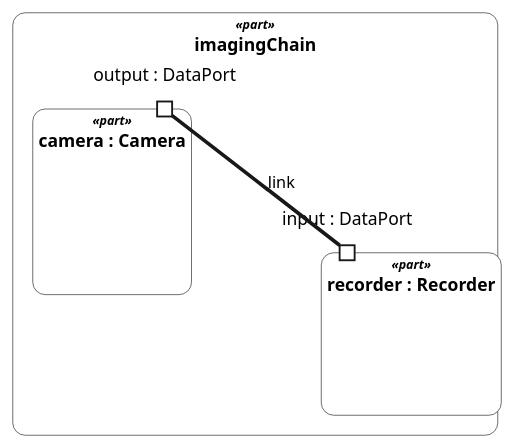
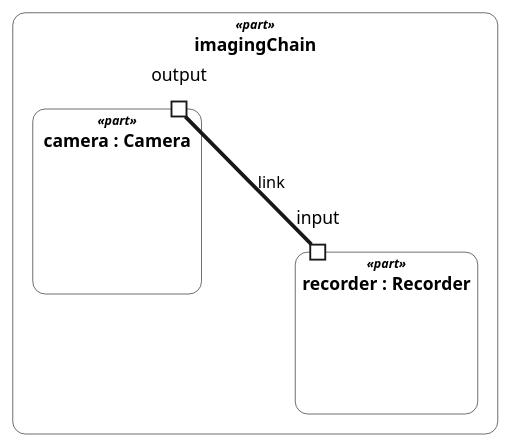
The first of 2 diagrams in internal/doc/docrender/testdata/telescope_report.plantuml.golden.md (Open-MBEE/OpenSysML), drawn with PlantUML before and after one commit. The commit also changed 60 other files, not shown here.

````diff
--- a/internal/doc/docrender/testdata/telescope_report.plantuml.golden.md
+++ b/internal/doc/docrender/testdata/telescope_report.plantuml.golden.md
@@ -83,54 +83,54 @@
 ```plantuml
 @startuml
 ' Observatory::interconnectView — interconnection rendering (render asInterconnectionDiagram)
 <style>
 root {
   BackGroundColor white
   FontName SansSerif
   FontSize 14
   FontColor black
   LineColor #181818
   HorizontalAlignment left
 }
 element {
   BackGroundColor white
   LineColor #181818
   LineThickness 0.5
   RoundCorner 0
   Shadowing 0.0
 }
 start, end, activityBar {
   BackGroundColor black
 }
 arrow {
   LineColor #181818
   LineThickness 1
   FontSize 13
 }
 note {
   BackGroundColor #FEFFDD
   FontSize 13
 }
 .usage {
   RoundCorner 20
 }
 .package {
   LineThickness 1.5
 }
 .region {
   LineStyle 4
 }
 </style>
 skinparam wrapWidth 300
 hide stereotype
 rectangle "<size:10>//«part»//</size>\n**imagingChain**" as n0 <<part>> <<usage>> {
   rectangle "<size:10>//«part»//</size>\n**camera : Camera**" as n1 <<part>> <<usage>> {
-    port "output : DataPort" as n1.0
+    port "output" as n1.0
   }
   rectangle "<size:10>//«part»//</size>\n**recorder : Recorder**" as n2 <<part>> <<usage>> {
-    port "input : DataPort" as n2.0
+    port "input" as n2.0
   }
 }
 n1.0 -[thickness=3]- n2.0 : link
 @enduml
 ```
````
